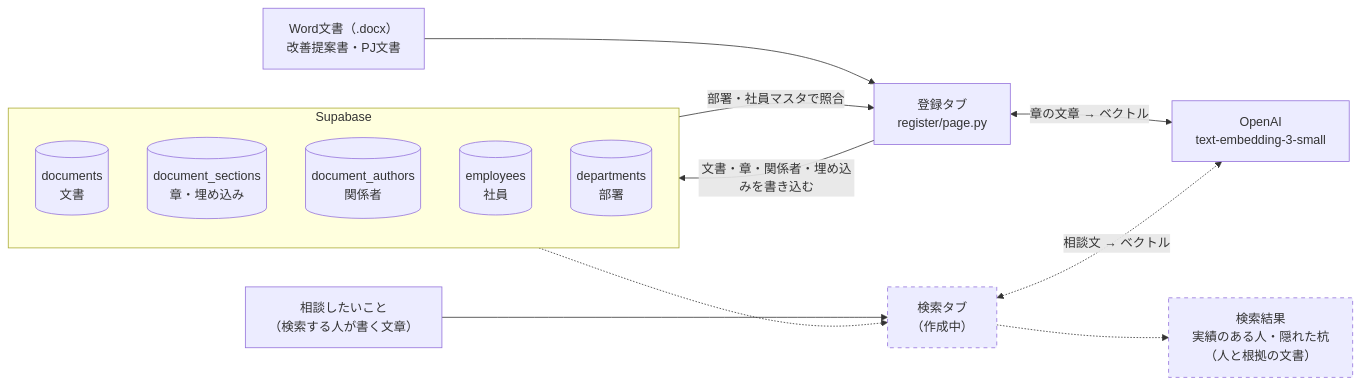
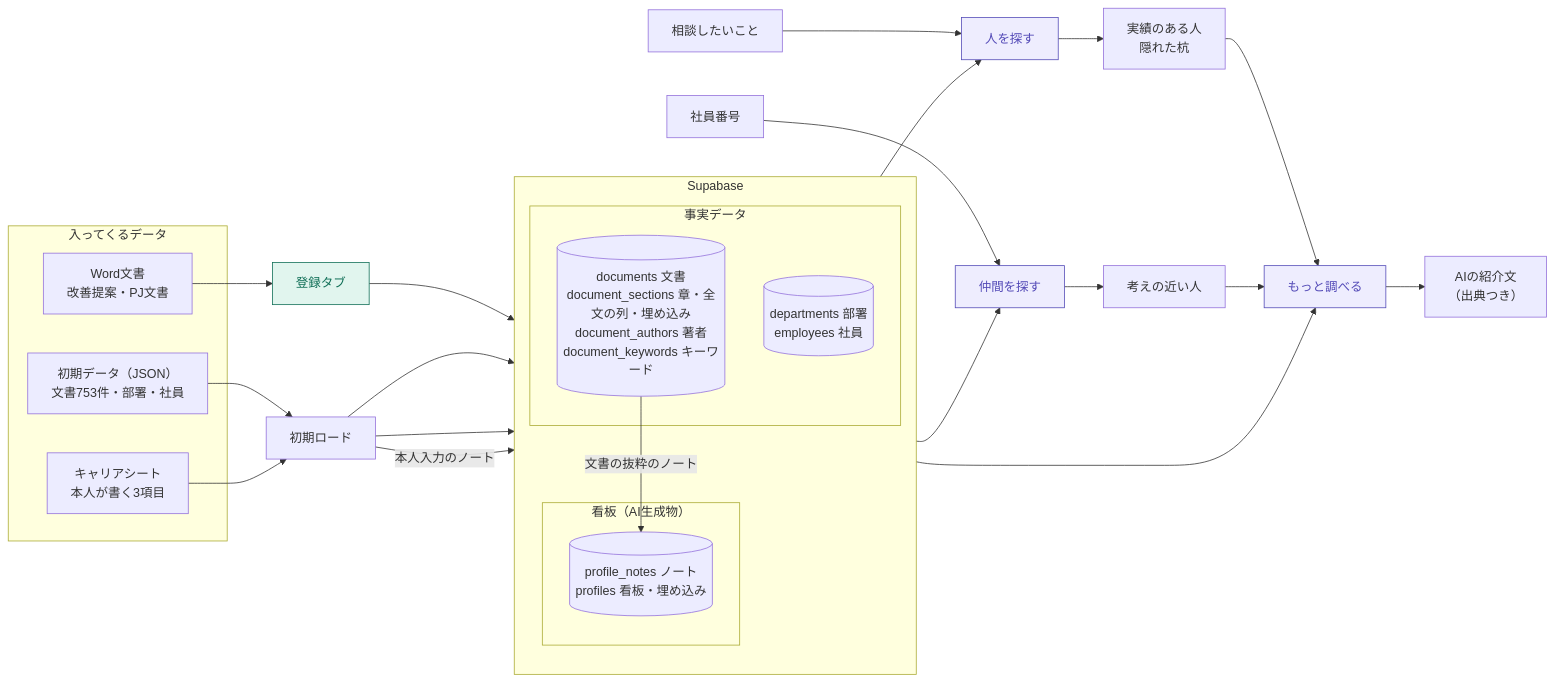
One commit to emon0415/DATA-TRIANGLE_261013 changed the first of 5 diagrams in docs/data_flow.md. Above: the diagram before and after it, drawn with Mermaid. The commit also changed other lines of this file and 2 other files, not shown here.

Commit message:
構成図を作り直す：DB v5、検索・仲間を探す・看板・もっと調べるを反映（architecture.md、data_flow.md、architecture.drawio）

````diff
--- a/docs/data_flow.md
+++ b/docs/data_flow.md
@@ -11,25 +13,44 @@
 ```mermaid
 flowchart LR
-    W["Word文書（.docx）<br>改善提案書・PJ文書"] --> REG["登録タブ<br>register/page.py"]
-    Q["相談したいこと<br>（検索する人が書く文章）"] --> SEARCH["検索タブ<br>（作成中）"]
-
-    REG -- "文書・章・関係者・埋め込みを書き込む" --> DB
-    DB -- "部署・社員マスタで照合" --> REG
-    REG <-- "章の文章 → ベクトル" --> OPENAI["OpenAI<br>text-embedding-3-small"]
-
-    DB -.-> SEARCH
-    SEARCH <-. "相談文 → ベクトル" .-> OPENAI
-    SEARCH -.-> OUT["検索結果<br>実績のある人・隠れた杭<br>（人と根拠の文書）"]
+    subgraph IN["入ってくるデータ"]
+        W["Word文書<br>改善提案・PJ文書"]
+        J["初期データ（JSON）<br>文書753件・部署・社員"]
+        C["キャリアシート<br>本人が書く3項目"]
+    end
 
     subgraph DB["Supabase"]
         direction TB
-        T_DOC[("documents<br>文書")]
-        T_SEC[("document_sections<br>章・埋め込み")]
-        T_AUT[("document_authors<br>関係者")]
-        T_EMP[("employees<br>社員")]
-        T_DEPT[("departments<br>部署")]
+        subgraph FACT["事実データ"]
+            T_DOC[("documents 文書<br>document_sections 章・全文の列・埋め込み<br>document_authors 著者<br>document_keywords キーワード")]
+            T_MST[("departments 部署<br>employees 社員")]
+        end
+        subgraph AI["看板（AI生成物）"]
+            T_PRF[("profile_notes ノート<br>profiles 看板・埋め込み")]
+        end
     end
 
-    classDef todo stroke-dasharray: 5 5
-    class SEARCH,OUT todo
+    W --> REG["登録タブ"]
+    REG --> T_DOC
+    J --> LOAD["初期ロード"]
+    LOAD --> T_DOC & T_MST
+    C --> LOAD
+    LOAD -- "本人入力のノート" --> T_PRF
+    T_DOC -- "文書の抜粋のノート" --> T_PRF
+
+    Q["相談したいこと"] --> S1["人を探す"]
+    T_DOC --> S1
+    S1 --> O1["実績のある人<br>隠れた杭"]
+
+    N["社員番号"] --> S2["仲間を探す"]
+    T_PRF --> S2
+    S2 --> O2["考えの近い人"]
+
+    O1 & O2 --> S3["もっと調べる"]
+    T_PRF --> S3
+    S3 --> O3["AIの紹介文<br>（出典つき）"]
+
+    classDef reg fill:#E1F5EE,stroke:#0F6E56,color:#0F6E56
+    classDef srch fill:#EEEDFE,stroke:#534AB7,color:#534AB7
+    class REG reg
+    class S1,S2,S3 srch
 ```
````
